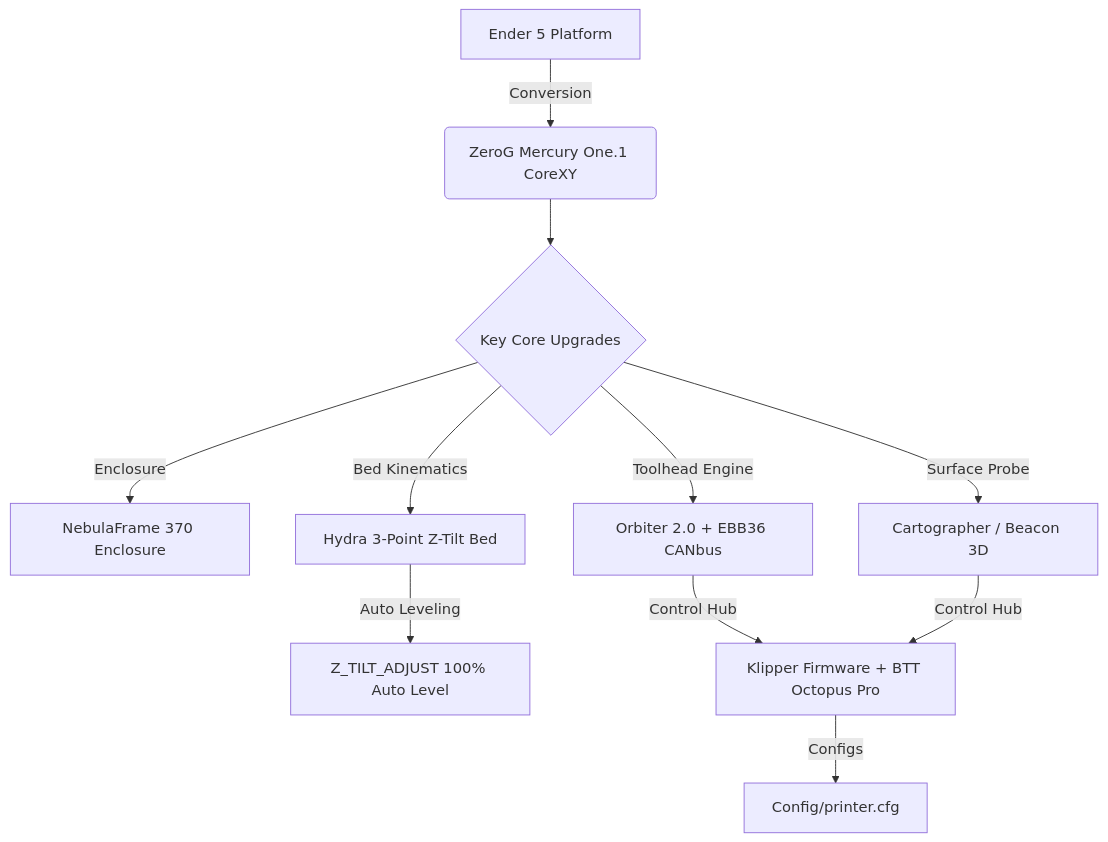
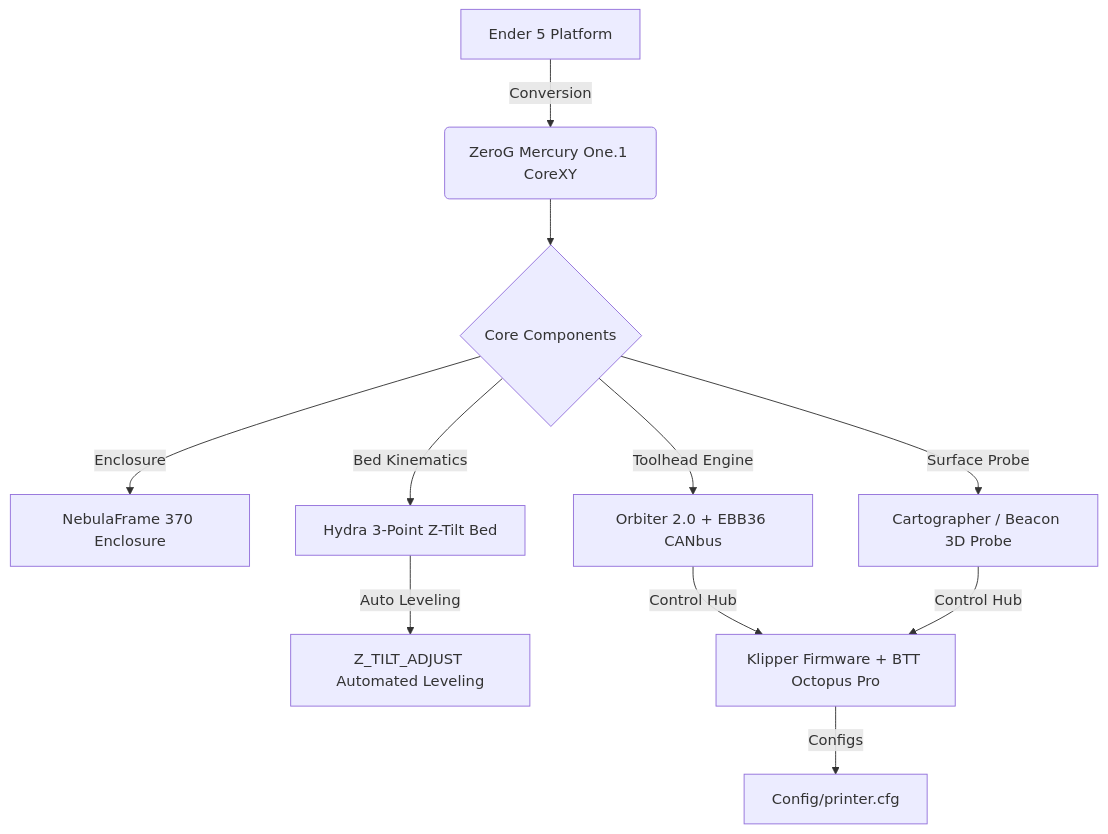
Before and after one commit to Icezaza2543/ZeroG-MercuryOne.1-With-NebulaFrame-370: the first of 2 diagrams in README.md, drawn with Mermaid. The commit also changed other lines of this file and 2 other files, not shown here.

````diff
--- a/README.md
+++ b/README.md
@@ -64,14 +58,14 @@
 ```mermaid
 graph TD
     A[Ender 5 Platform] -->|Conversion| B(ZeroG Mercury One.1 CoreXY)
-    B --> C{Key Core Upgrades}
+    B --> C{Core Components}
     
     C -->|Enclosure| D[NebulaFrame 370 Enclosure]
     C -->|Bed Kinematics| E[Hydra 3-Point Z-Tilt Bed]
     C -->|Toolhead Engine| F[Orbiter 2.0 + EBB36 CANbus]
-    C -->|Surface Probe| G[Cartographer / Beacon 3D]
+    C -->|Surface Probe| G[Cartographer / Beacon 3D Probe]
 
-    E -->|Auto Leveling| H[Z_TILT_ADJUST 100% Auto Level]
+    E -->|Auto Leveling| H[Z_TILT_ADJUST Automated Leveling]
     F & G -->|Control Hub| I[Klipper Firmware + BTT Octopus Pro]
     I -->|Configs| J[Config/printer.cfg]
 ```
````
